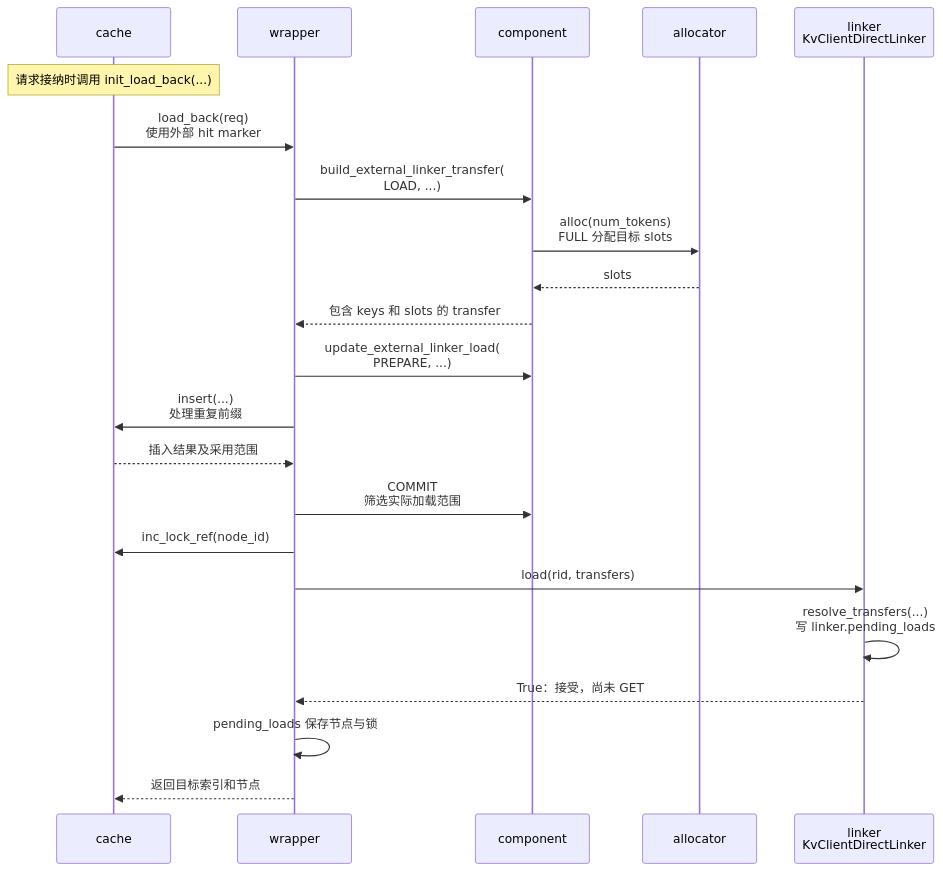
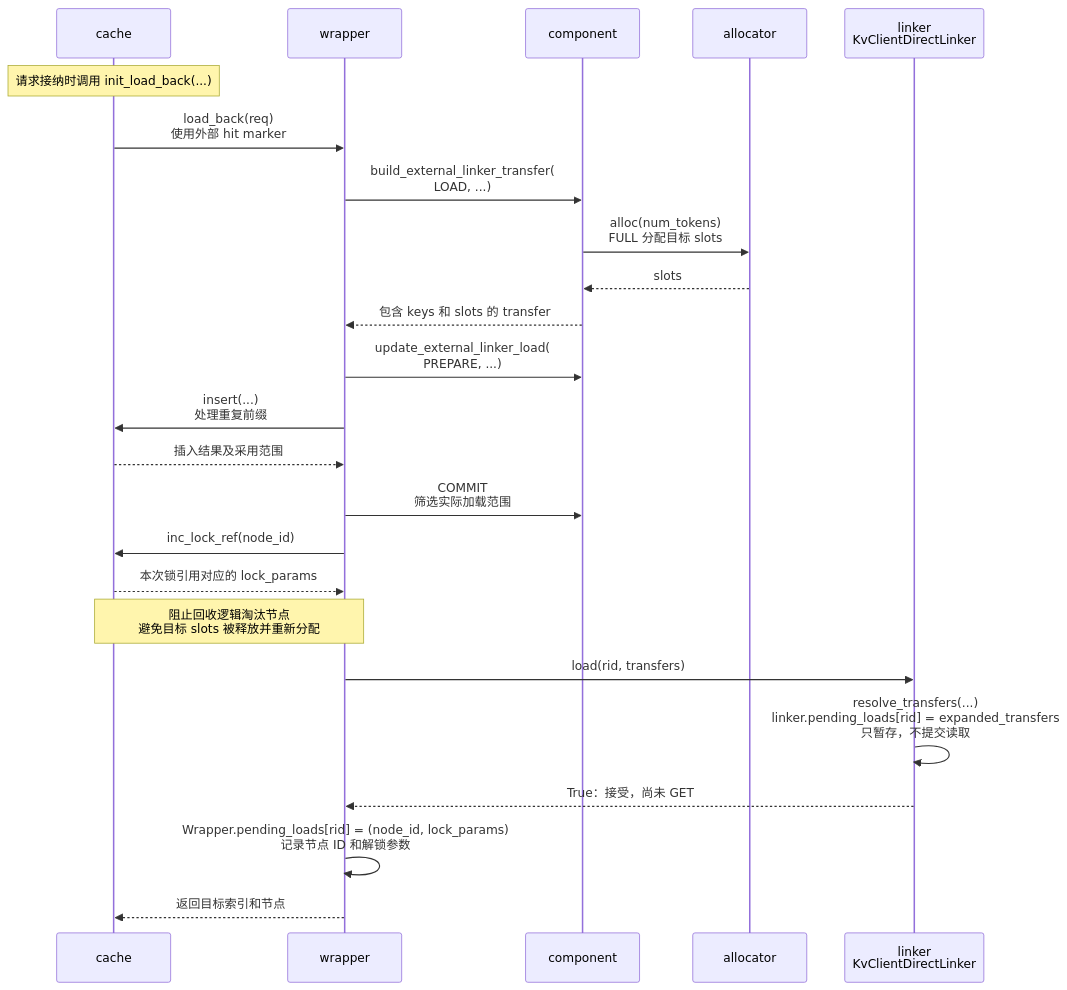
Before and after one commit to yuanzhg078/sglang: diagram 16 of 26 in kv_client_linker_backend_design.md, drawn with Mermaid. The commit also changed other lines of this file and 11 other files, not shown here.

````diff
--- a/kv_client_linker_backend_design.md
+++ b/kv_client_linker_backend_design.md
@@ -944,24 +977,26 @@
 ```mermaid
 sequenceDiagram
     participant C as cache
     participant W as wrapper
     participant P as component
     participant A as allocator
     participant B as linker<br/>KvClientDirectLinker
     Note over C: 请求接纳时调用 init_load_back(...)
     C->>W: load_back(req)<br/>使用外部 hit marker
     W->>P: build_external_linker_transfer(<br/>LOAD, ...)
     P->>A: alloc(num_tokens)<br/>FULL 分配目标 slots
     A-->>P: slots
     P-->>W: 包含 keys 和 slots 的 transfer
     W->>P: update_external_linker_load(<br/>PREPARE, ...)
     W->>C: insert(...)<br/>处理重复前缀
     C-->>W: 插入结果及采用范围
     W->>P: COMMIT<br/>筛选实际加载范围
     W->>C: inc_lock_ref(node_id)
+    C-->>W: 本次锁引用对应的 lock_params
+    Note over C,W: 阻止回收逻辑淘汰节点<br/>避免目标 slots 被释放并重新分配
     W->>B: load(rid, transfers)
-    B->>B: resolve_transfers(...)<br/>写 linker.pending_loads
+    B->>B: resolve_transfers(...)<br/>linker.pending_loads[rid] = expanded_transfers<br/>只暂存，不提交读取
     B-->>W: True：接受，尚未 GET
-    W->>W: pending_loads 保存节点与锁
+    W->>W: Wrapper.pending_loads[rid] = (node_id, lock_params)<br/>记录节点 ID 和解锁参数
     W-->>C: 返回目标索引和节点
 ```
````
